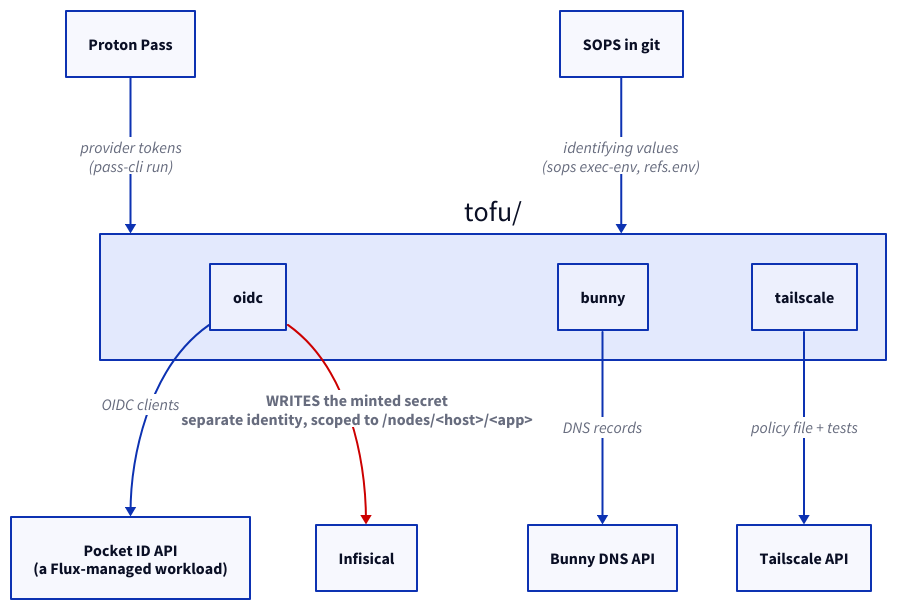
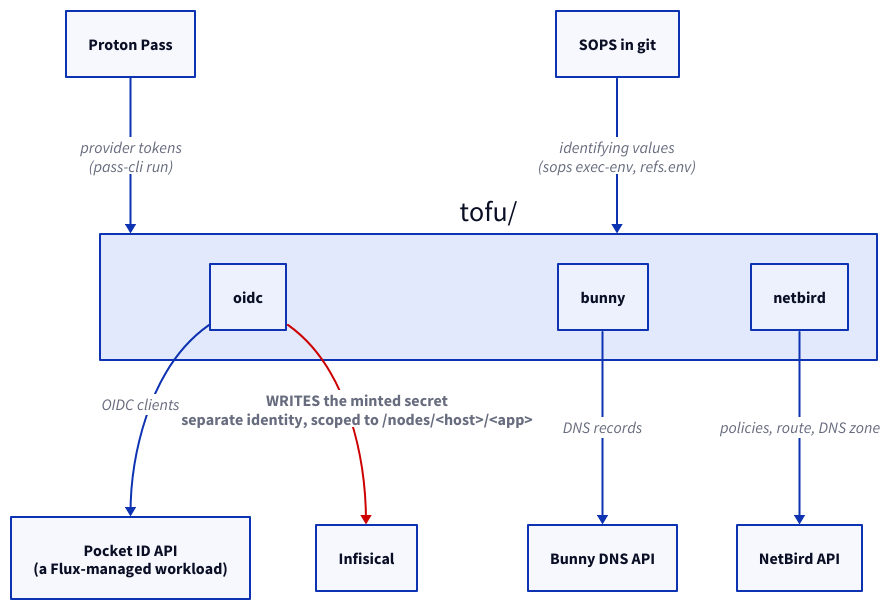
Before and after one commit to brewcoua/futhark: the diagram in docs/src/tofu/index.md, drawn with D2. The commit also changed other lines of this file and 83 other files, not shown here.

First line of the commit message:
feat(mesh)!: replace tailscale with netbird

````diff
--- a/docs/src/tofu/index.md
+++ b/docs/src/tofu/index.md
@@ -103,28 +105,28 @@
 ```d2
 direction: down
 
 pass: Proton Pass
 sops: SOPS in git
 infisical: Infisical
 
 modules: "tofu/" {
   bunny
   oidc
-  tailscale
+  netbird
 }
 
 pass -> modules: provider tokens\n(pass-cli run)
 sops -> modules: identifying values\n(sops exec-env, refs.env)
 
 modules.bunny -> bunny-api: DNS records
-modules.tailscale -> ts-api: policy file + tests
+modules.netbird -> nb-api: policies, route, DNS zone
 modules.oidc -> pocketid: OIDC clients
 
 bunny-api: Bunny DNS API
-ts-api: Tailscale API
+nb-api: NetBird API
 pocketid: "Pocket ID API\n(a Flux-managed workload)"
 
 modules.oidc -> infisical: "WRITES the minted secret\nseparate identity, scoped to /nodes/<host>/<app>" {
   style: { bold: true; stroke: "#c00" }
 }
 ```
````
